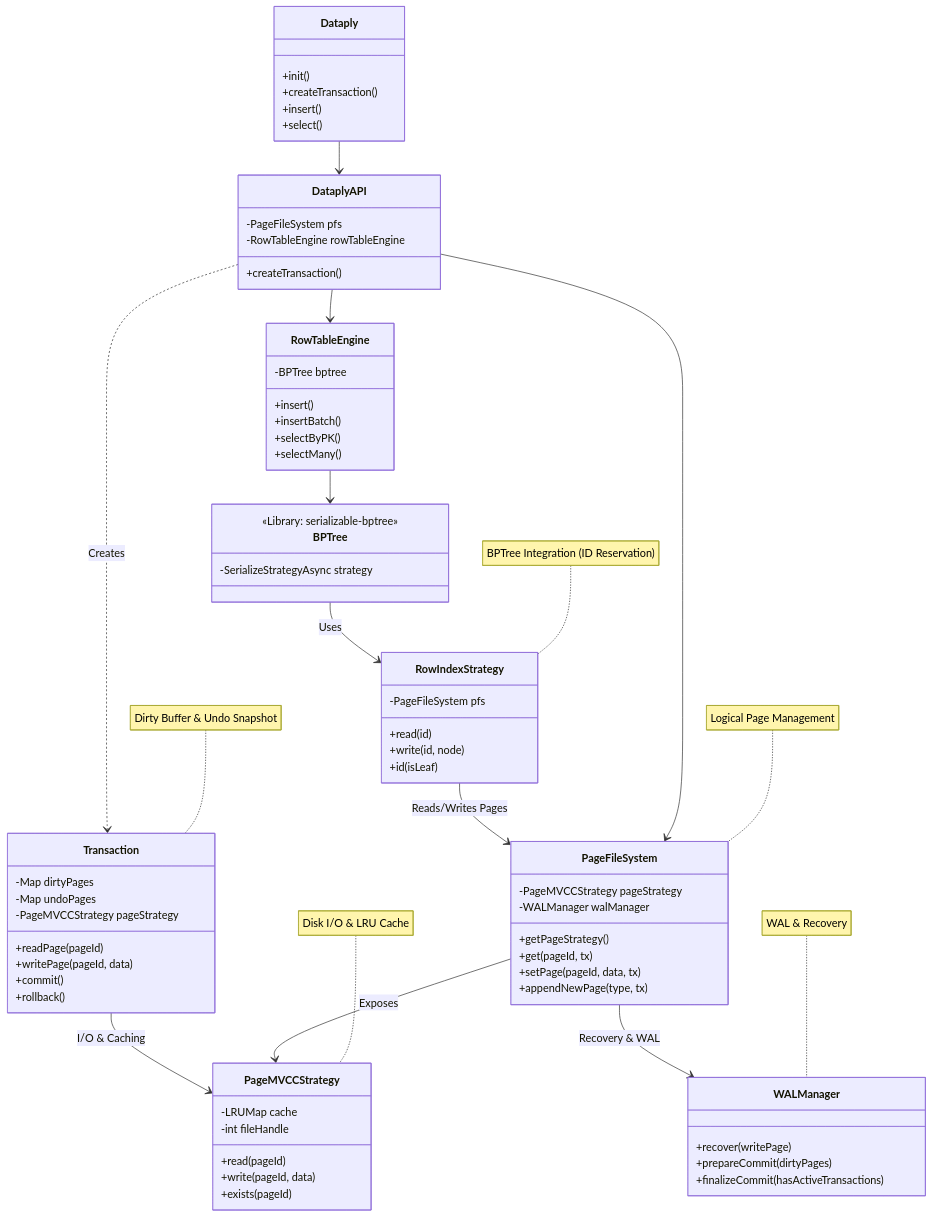
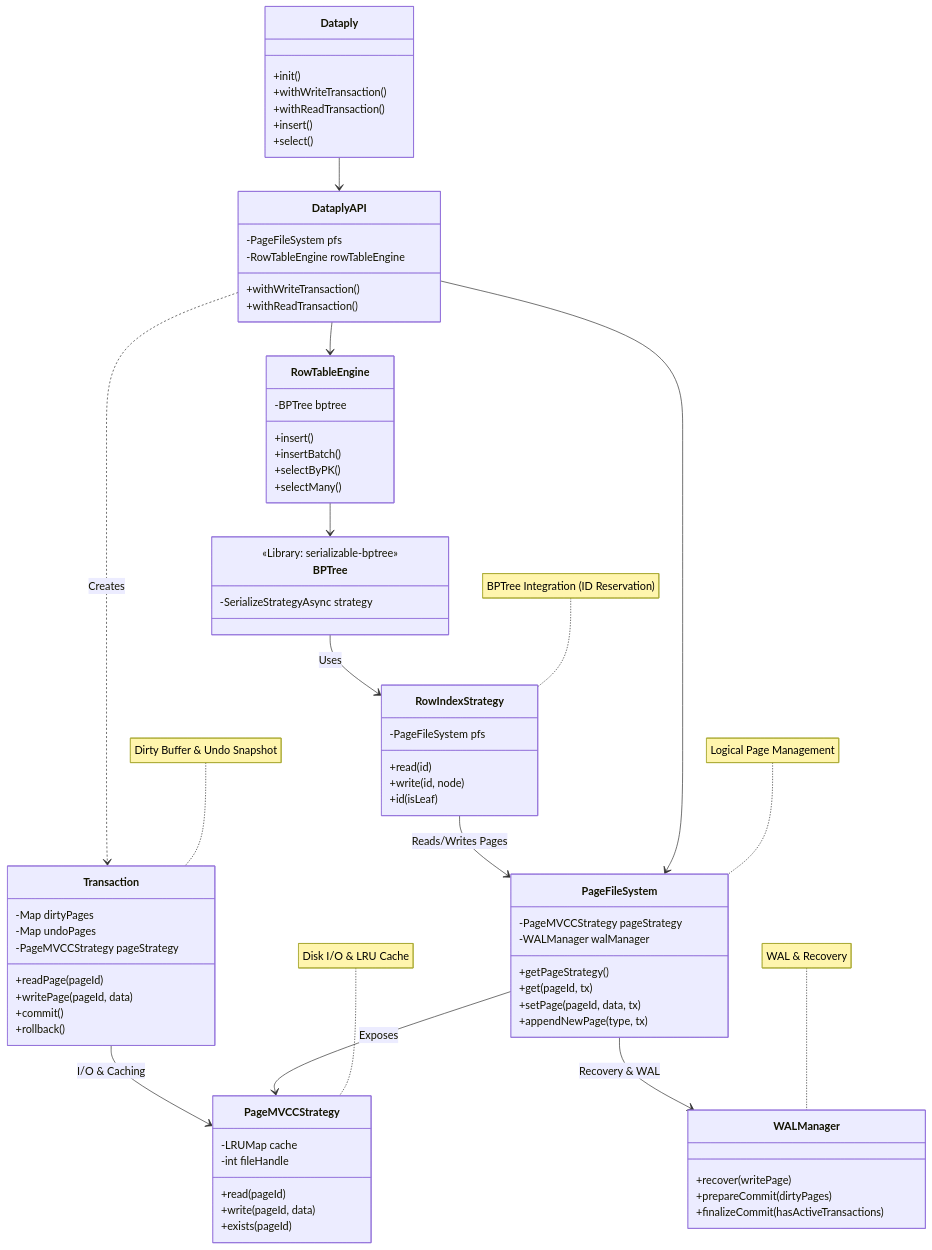
The first of 2 diagrams in docs/architecture.md (izure1/dataply), drawn with Mermaid before and after one commit. The commit also changed other lines of this file and 5 other files, not shown here.

```diff
--- a/docs/architecture.md
+++ b/docs/architecture.md
@@ -12,7 +12,8 @@
 classDiagram
     class Dataply {
         +init()
-        +createTransaction()
+        +withWriteTransaction()
+        +withReadTransaction()
         +insert()
         +select()
     }
@@ -20,7 +21,8 @@
     class DataplyAPI {
         -PageFileSystem pfs
         -RowTableEngine rowTableEngine
-        +createTransaction()
+        +withWriteTransaction()
+        +withReadTransaction()
     }
 
     class Transaction {
```
